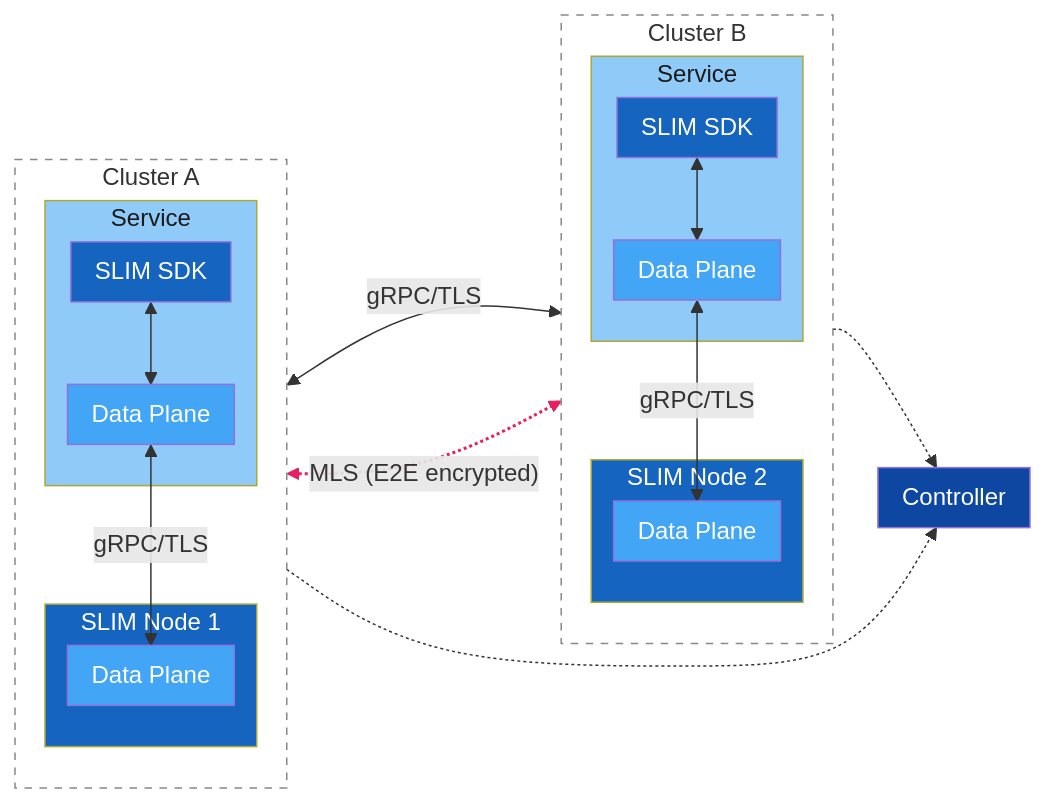
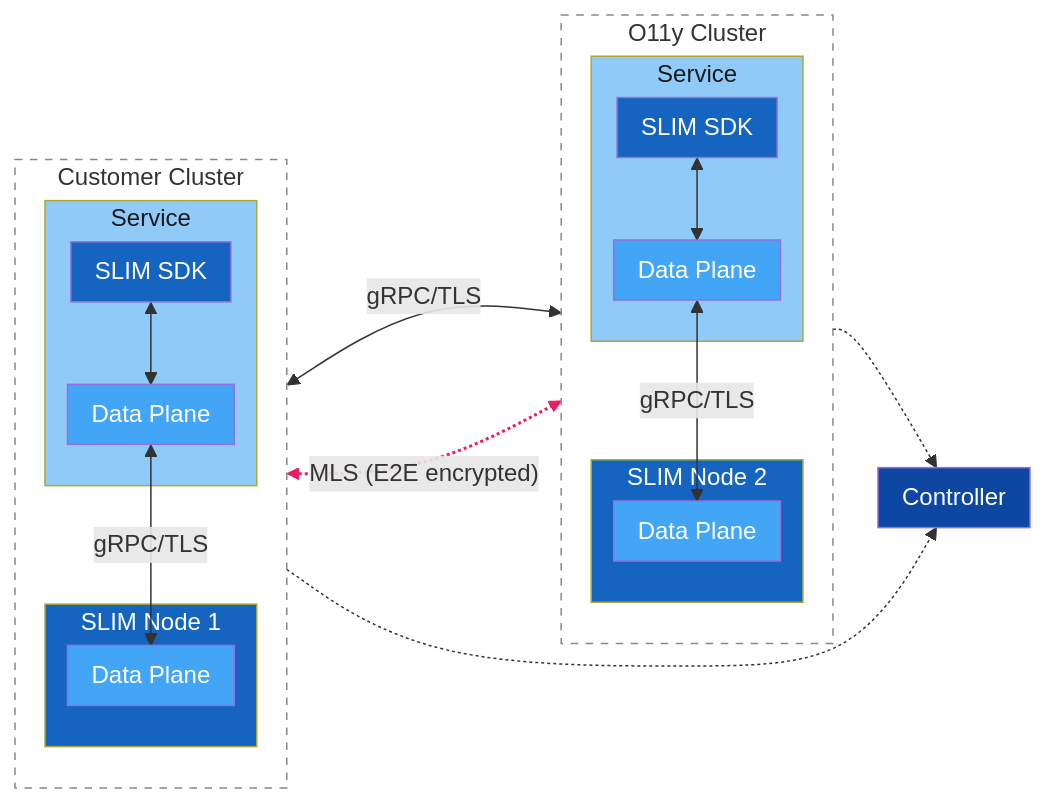
One commit to agntcy/blogs changed the third of 9 diagrams in presentations/slim-multicluster-demo/slim-multicluster-demo.md. Above: the diagram before and after it, drawn with Mermaid. The commit also changed other lines of this file, not shown here.

````diff
--- a/presentations/slim-multicluster-demo/slim-multicluster-demo.md
+++ b/presentations/slim-multicluster-demo/slim-multicluster-demo.md
@@ -160,49 +167,49 @@
 ```mermaid
 %%{init: {'flowchart': {'nodeSpacing': 10, 'rankSpacing': 30, 'padding': 8}}}%%
 graph LR
-    subgraph ClusterA["Cluster A"]
+    subgraph ClusterA["Customer Cluster"]
         direction TB
         subgraph SA["Service"]
             SLA[SLIM SDK]
             DPA[Data Plane]
             SLA <--> DPA
         end
         subgraph SN1["SLIM Node 1"]
             DPN1[Data Plane]
         end
         DPA <-- "gRPC/TLS" --> DPN1
     end
 
     DPN1 <-- "gRPC/TLS" --> DPN2
     SN1 -.-> CP[Controller]
     SN2 -.-> CP
     SLA <-. "MLS (E2E encrypted)" .-> SLB
 
-    subgraph ClusterB["Cluster B"]
+    subgraph ClusterB["O11y Cluster"]
         direction TB
         subgraph SB["Service"]
             SLB[SLIM SDK]
             DPB[Data Plane]
             SLB <--> DPB
         end
         subgraph SN2["SLIM Node 2"]
             DPN2[Data Plane]
         end
         DPB <-- "gRPC/TLS" --> DPN2
     end
 
     style CP fill:#0D47A1,color:#fff
     style SA fill:#90CAF9,color:#1a1a1a
     style SB fill:#90CAF9,color:#1a1a1a
     style SLA fill:#1565C0,color:#fff
     style SLB fill:#1565C0,color:#fff
     style DPA fill:#42A5F5,color:#fff
     style DPB fill:#42A5F5,color:#fff
     style SN1 fill:#1565C0,color:#fff
     style SN2 fill:#1565C0,color:#fff
     style DPN1 fill:#42A5F5,color:#fff
     style DPN2 fill:#42A5F5,color:#fff
     style ClusterA fill:none,stroke:#888,stroke-dasharray: 5 5,color:#333
     style ClusterB fill:none,stroke:#888,stroke-dasharray: 5 5,color:#333
     linkStyle 5 stroke:#E91E63,stroke-width:2px
 ```
````
